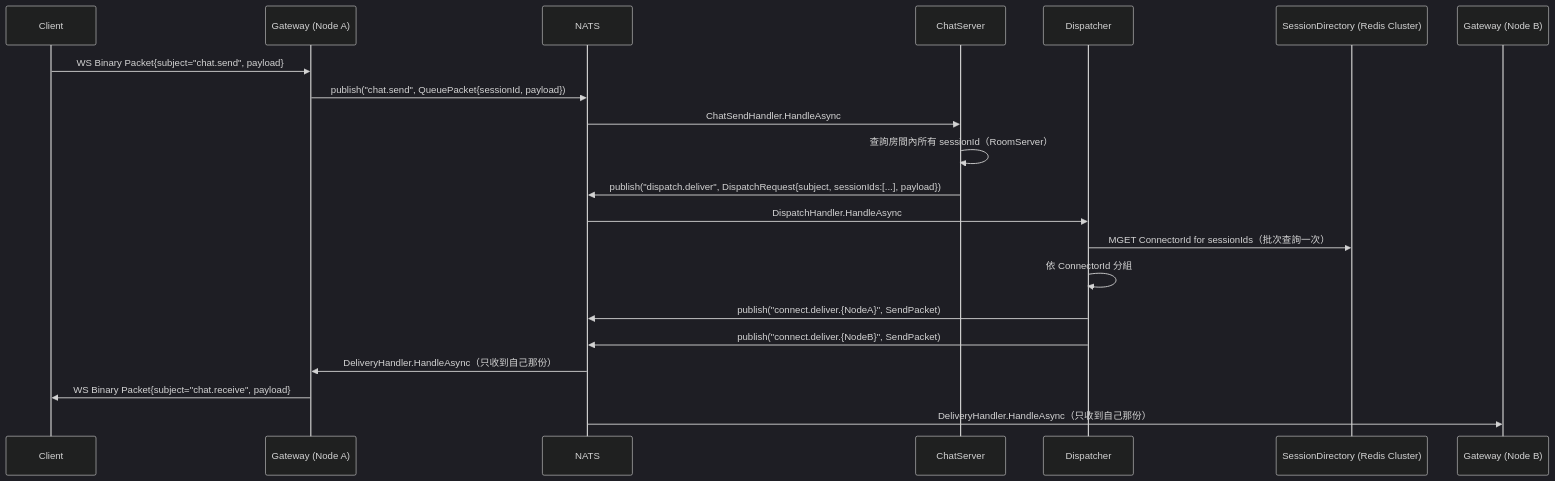
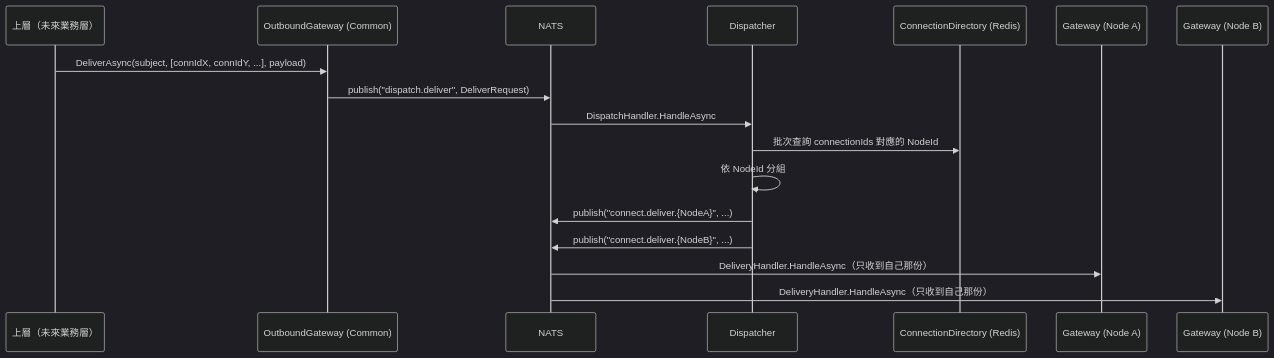
One commit to yggdrasill-dev/ChatSystem changed the third of 3 diagrams in docs/architecture/connection-layer.md. Above: the diagram before and after it, drawn with Mermaid (dark theme). The commit also changed other lines of this file, not shown here.

First line of the commit message:
docs(connection-layer): 收斂範圍為純連線層，拆除與使用者管理層的耦合

````diff
--- a/docs/architecture/connection-layer.md
+++ b/docs/architecture/connection-layer.md
@@ -197,24 +115,20 @@
 ```mermaid
 sequenceDiagram
-    participant C as Client
-    participant GW as Gateway (Node A)
+    participant Up as 上層（未來業務層）
+    participant OG as OutboundGateway (Common)
     participant Bus as NATS
-    participant Chat as ChatServer
     participant Disp as Dispatcher
-    participant Redis as SessionDirectory (Redis Cluster)
+    participant CD as ConnectionDirectory (Redis)
+    participant GWA as Gateway (Node A)
     participant GWB as Gateway (Node B)
 
-    C->>GW: WS Binary Packet{subject="chat.send", payload}
-    GW->>Bus: publish("chat.send", QueuePacket{sessionId, payload})
-    Bus->>Chat: ChatSendHandler.HandleAsync
-    Chat->>Chat: 查詢房間內所有 sessionId（RoomServer）
-    Chat->>Bus: publish("dispatch.deliver", DispatchRequest{subject, sessionIds:[...], payload})
+    Up->>OG: DeliverAsync(subject, [connIdX, connIdY, ...], payload)
+    OG->>Bus: publish("dispatch.deliver", DeliverRequest)
     Bus->>Disp: DispatchHandler.HandleAsync
-    Disp->>Redis: MGET ConnectorId for sessionIds（批次查詢一次）
-    Disp->>Disp: 依 ConnectorId 分組
-    Disp->>Bus: publish("connect.deliver.{NodeA}", SendPacket)
-    Disp->>Bus: publish("connect.deliver.{NodeB}", SendPacket)
-    Bus->>GW: DeliveryHandler.HandleAsync（只收到自己那份）
-    GW->>C: WS Binary Packet{subject="chat.receive", payload}
+    Disp->>CD: 批次查詢 connectionIds 對應的 NodeId
+    Disp->>Disp: 依 NodeId 分組
+    Disp->>Bus: publish("connect.deliver.{NodeA}", ...)
+    Disp->>Bus: publish("connect.deliver.{NodeB}", ...)
+    Bus->>GWA: DeliveryHandler.HandleAsync（只收到自己那份）
     Bus->>GWB: DeliveryHandler.HandleAsync（只收到自己那份）
 ```
````
